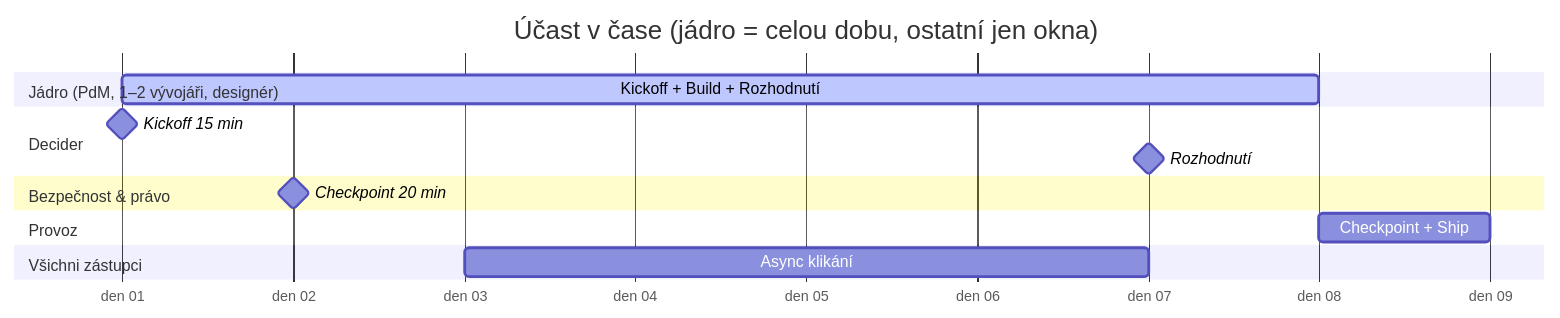
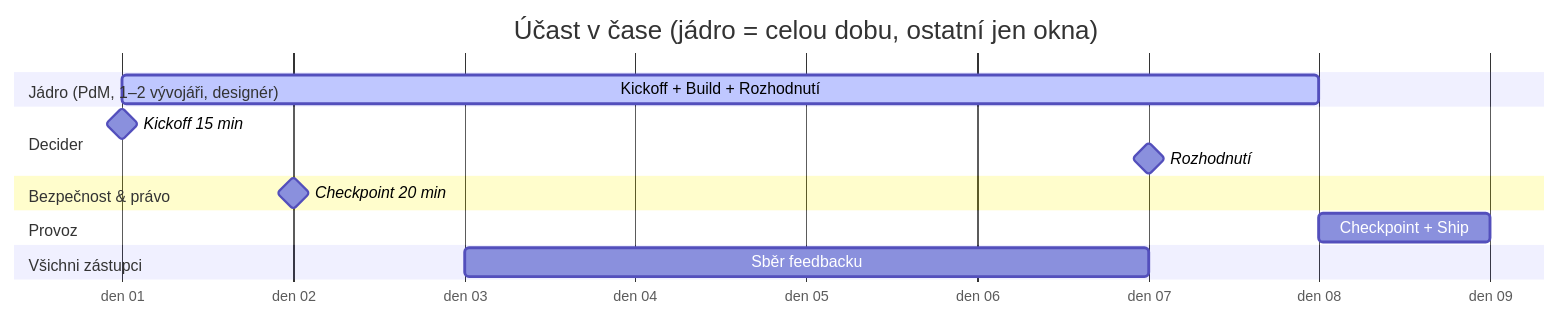
Before and after one commit to gizmax/PflanzerMethod: the second of 3 diagrams in docs/postup.md, drawn with Mermaid. The commit also changed other lines of this file and 64 other files, not shown here.

First line of the commit message:
feat: jednodušší flow (expertní panel – UX, EM, nováček)

````diff
--- a/docs/postup.md
+++ b/docs/postup.md
@@ -32,17 +33,17 @@
 ```mermaid
 gantt
     dateFormat  D
     axisFormat  den %d
     title Účast v čase (jádro = celou dobu, ostatní jen okna)
     section Jádro (PdM, 1–2 vývojáři, designér)
     Kickoff + Build + Rozhodnutí :active, 1, 7d
     section Decider
     Kickoff 15 min      :milestone, 1, 0d
     Rozhodnutí          :milestone, 7, 0d
     section Bezpečnost & právo
     Checkpoint 20 min   :milestone, 2, 0d
     section Provoz
     Checkpoint + Ship   :8, 1d
     section Všichni zástupci
-    Async klikání       :3, 4d
+    Sběr feedbacku       :3, 4d
 ```
````
